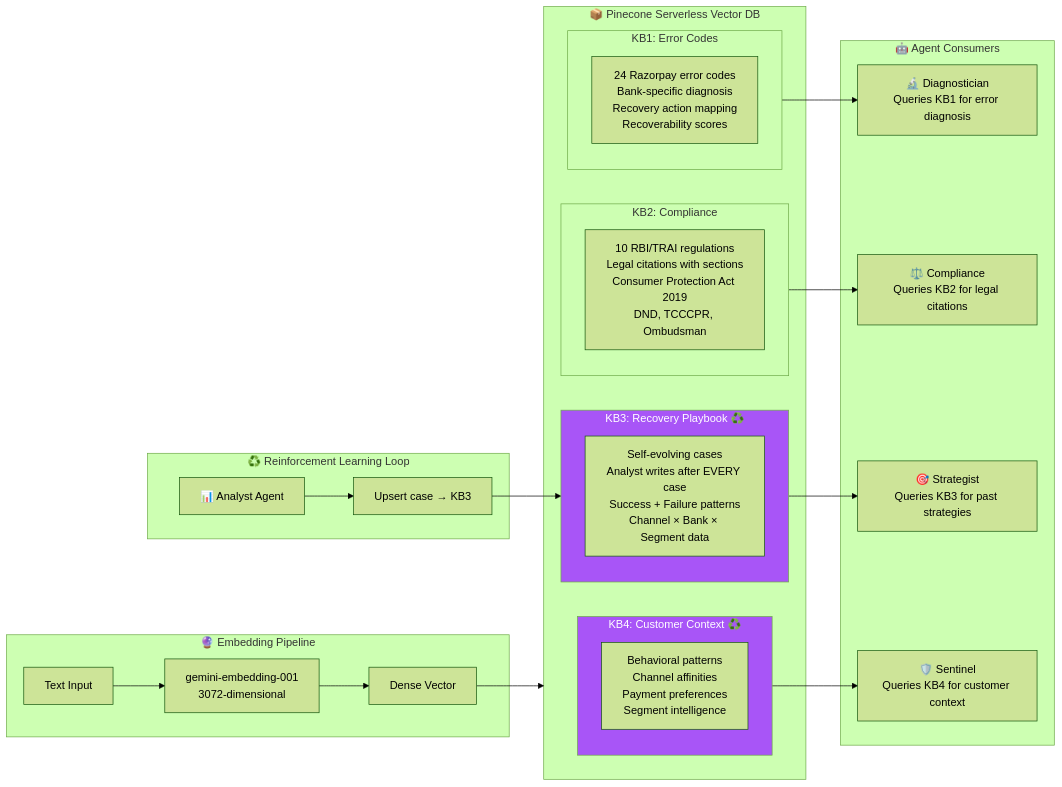
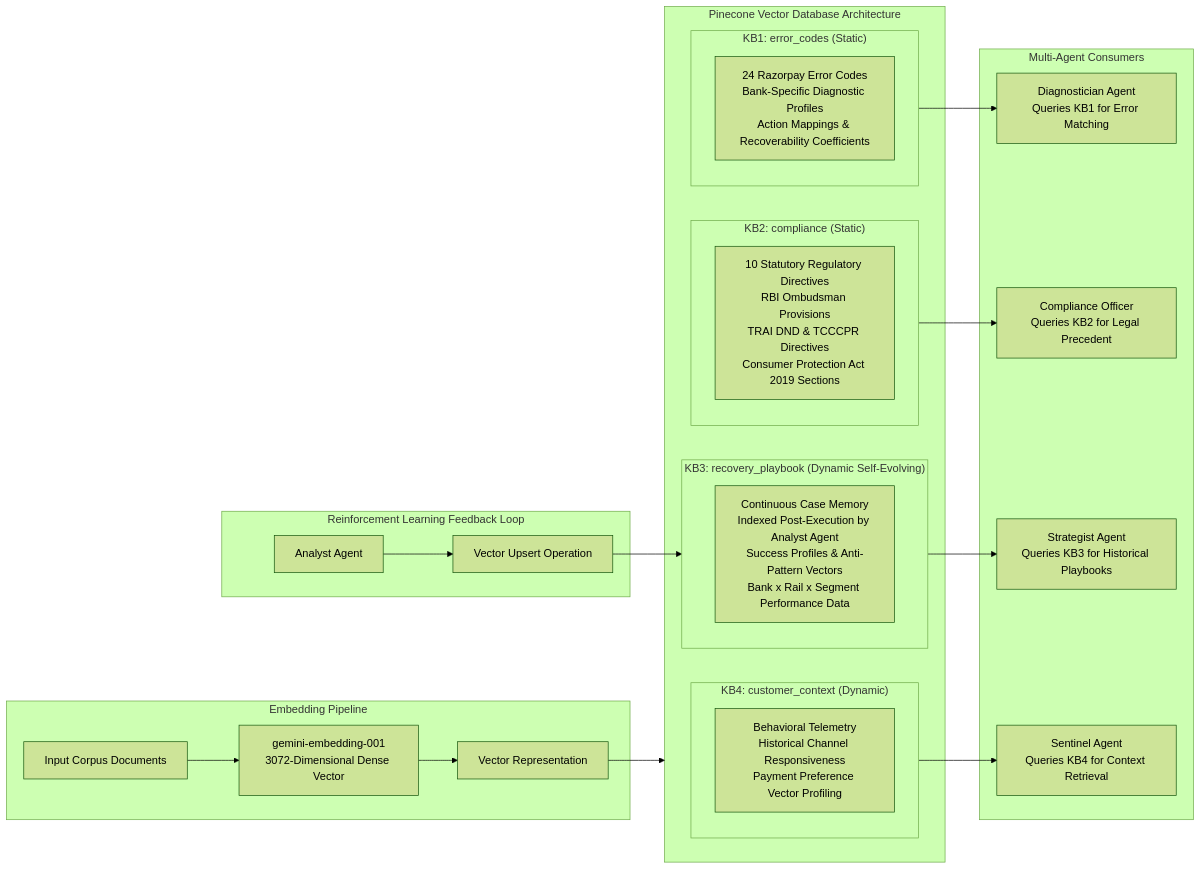
Before and after one commit to Gagan202005/recover-ai: the fifth of 10 diagrams in README.md, drawn with Mermaid (forest theme). The commit also changed other lines of this file, not shown here.

````diff
--- a/README.md
+++ b/README.md
@@ -328,46 +323,43 @@
 ```mermaid
 flowchart LR
-    subgraph Embedding["🔮 Embedding Pipeline"]
-        Input[Text Input]
-        Model["gemini-embedding-001<br/>3072-dimensional"]
-        Vector[Dense Vector]
-        Input --> Model --> Vector
+    subgraph Ingestion["Embedding Pipeline"]
+        Raw[Input Corpus Documents]
+        Model["gemini-embedding-001<br/>3072-Dimensional Dense Vector"]
+        Vector[Vector Representation]
+        Raw --> Model --> Vector
     end
 
-    subgraph Pinecone["📦 Pinecone Serverless Vector DB"]
-        subgraph KB1["KB1: Error Codes"]
-            EC[24 Razorpay error codes<br/>Bank-specific diagnosis<br/>Recovery action mapping<br/>Recoverability scores]
+    subgraph Storage["Pinecone Vector Database Architecture"]
+        subgraph KB1["KB1: error_codes (Static)"]
+            EC[24 Razorpay Error Codes<br/>Bank-Specific Diagnostic Profiles<br/>Action Mappings & Recoverability Coefficients]
         end
-        subgraph KB2["KB2: Compliance"]
-            CR[10 RBI/TRAI regulations<br/>Legal citations with sections<br/>Consumer Protection Act 2019<br/>DND, TCCCPR, Ombudsman]
+        subgraph KB2["KB2: compliance (Static)"]
+            CR[10 Statutory Regulatory Directives<br/>RBI Ombudsman Provisions<br/>TRAI DND & TCCCPR Directives<br/>Consumer Protection Act 2019 Sections]
         end
-        subgraph KB3["KB3: Recovery Playbook ♻️"]
-            RP["Self-evolving cases<br/>Analyst writes after EVERY case<br/>Success + Failure patterns<br/>Channel × Bank × Segment data"]
+        subgraph KB3["KB3: recovery_playbook (Dynamic Self-Evolving)"]
+            RP[Continuous Case Memory<br/>Indexed Post-Execution by Analyst Agent<br/>Success Profiles & Anti-Pattern Vectors<br/>Bank x Rail x Segment Performance Data]
         end
-        subgraph KB4["KB4: Customer Context ♻️"]
-            CC[Behavioral patterns<br/>Channel affinities<br/>Payment preferences<br/>Segment intelligence]
+        subgraph KB4["KB4: customer_context (Dynamic)"]
+            CC[Behavioral Telemetry<br/>Historical Channel Responsiveness<br/>Payment Preference Vector Profiling]
         end
     end
 
-    subgraph Consumers["🤖 Agent Consumers"]
-        D2["🔬 Diagnostician<br/>Queries KB1 for error diagnosis"]
-        C2["⚖️ Compliance<br/>Queries KB2 for legal citations"]
-        S2["🎯 Strategist<br/>Queries KB3 for past strategies"]
-        SE["🛡️ Sentinel<br/>Queries KB4 for customer context"]
+    subgraph Consumption["Multi-Agent Consumers"]
+        D2["Diagnostician Agent<br/>Queries KB1 for Error Matching"]
+        C2["Compliance Officer<br/>Queries KB2 for Legal Precedent"]
+        S2["Strategist Agent<br/>Queries KB3 for Historical Playbooks"]
+        SE["Sentinel Agent<br/>Queries KB4 for Context Retrieval"]
     end
 
-    Vector --> Pinecone
+    Vector --> Storage
     KB1 --> D2
     KB2 --> C2
     KB3 --> S2
     KB4 --> SE
 
-    subgraph Learning["♻️ Reinforcement Learning Loop"]
-        AN["📊 Analyst Agent"]
-        Write["Upsert case → KB3"]
+    subgraph Feedback["Reinforcement Learning Feedback Loop"]
+        AN["Analyst Agent"]
+        Write["Vector Upsert Operation"]
         AN --> Write --> KB3
     end
-
-    style KB3 fill:#a855f7,color:#fff
-    style KB4 fill:#a855f7,color:#fff
 ```
````
